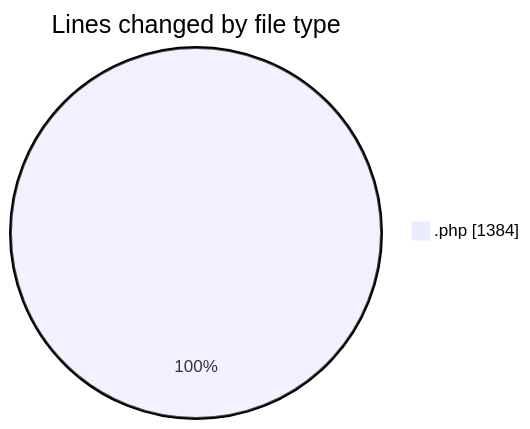
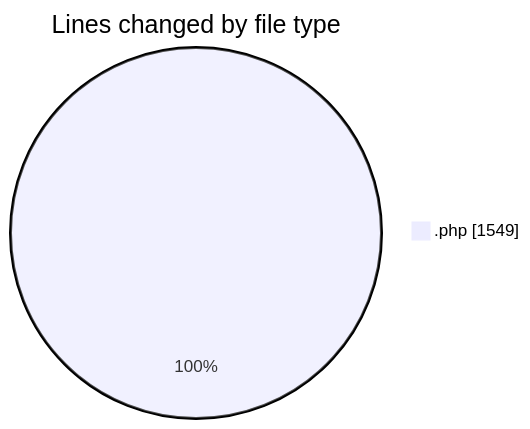
The first of 2 diagrams in 2025-04-17/zeytoon/README.md (vahidmafi/code-tracking), drawn with Mermaid before and after one commit. The commit also changed other lines of this file and 1 other file, not shown here.

````diff
--- a/2025-04-17/zeytoon/README.md
+++ b/2025-04-17/zeytoon/README.md
@@ -22,5 +23,5 @@
 ```mermaid
 pie showData
 title Lines changed by file type
-".php" : 1384
+".php" : 1549
 ```
````
